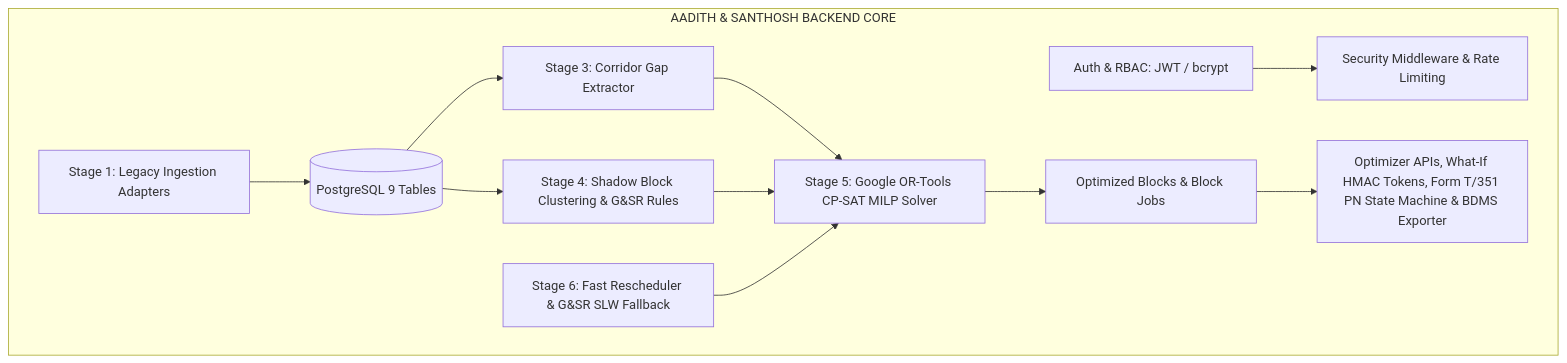
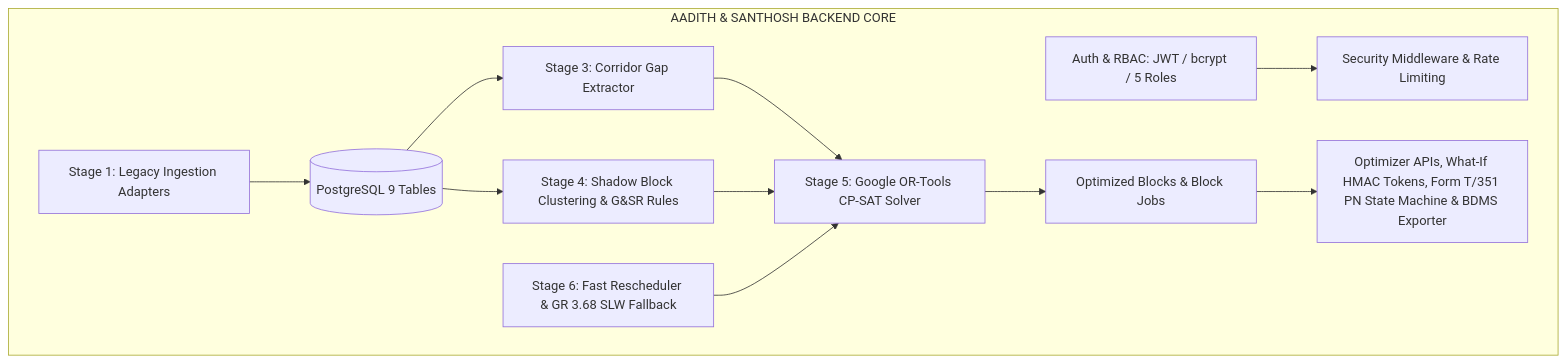
Before and after one commit to Santo29SL/SIH26-RailBlock: the diagram in docs/core/backend_core_spec_aadith_santhosh.md, drawn with Mermaid. The commit also changed other lines of this file and 35 other files, not shown here.

````diff
--- a/docs/core/backend_core_spec_aadith_santhosh.md
+++ b/docs/core/backend_core_spec_aadith_santhosh.md
@@ -18,13 +18,13 @@
 ```mermaid
 flowchart TD
     subgraph AADITH & SANTHOSH BACKEND CORE
-        AUTH[Auth & RBAC: JWT / bcrypt] --> SEC[Security Middleware & Rate Limiting]
+        AUTH[Auth & RBAC: JWT / bcrypt / 5 Roles] --> SEC[Security Middleware & Rate Limiting]
         ING[Stage 1: Legacy Ingestion Adapters] --> DB[(PostgreSQL 9 Tables)]
         DB --> GAP[Stage 3: Corridor Gap Extractor]
         DB --> CLUST[Stage 4: Shadow Block Clustering & G&SR Rules]
-        GAP & CLUST --> OR[Stage 5: Google OR-Tools CP-SAT MILP Solver]
+        GAP & CLUST --> OR[Stage 5: Google OR-Tools CP-SAT Solver]
         OR --> SCHED[Optimized Blocks & Block Jobs]
-        RT[Stage 6: Fast Rescheduler & G&SR SLW Fallback] --> OR
+        RT[Stage 6: Fast Rescheduler & GR 3.68 SLW Fallback] --> OR
         SCHED --> API[Optimizer APIs, What-If HMAC Tokens, Form T/351 PN State Machine & BDMS Exporter]
     end
 ```
````
